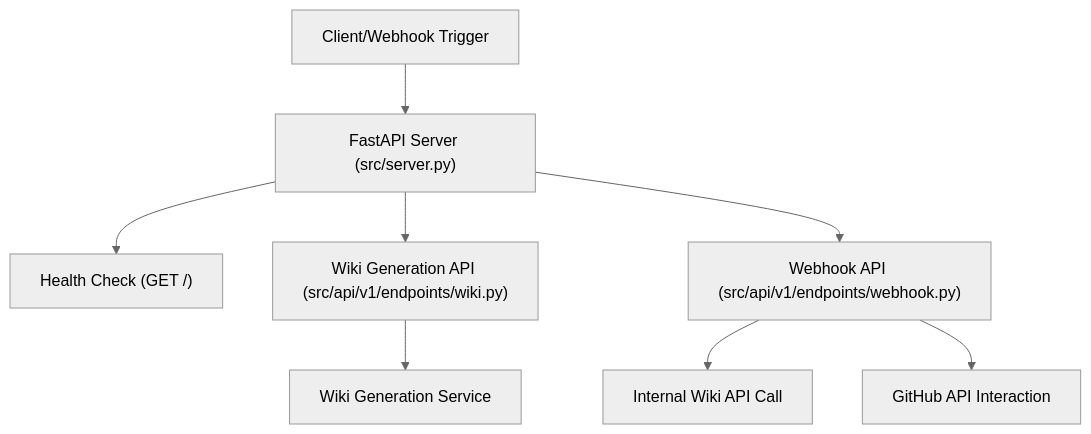
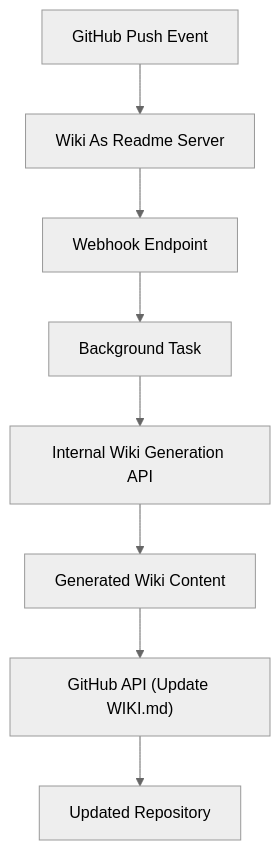
The eighth of 19 diagrams in examples/wiki_as_README.md (catuscio/wiki-as-readme), drawn with Mermaid (neutral theme) before and after one commit. The commit also changed other lines of this file, not shown here.

Commit message:
✨📚 Update examples/wiki_as_README.md via Wiki-As-Readme Action (en)

````diff
--- a/examples/wiki_as_README.md
+++ b/examples/wiki_as_README.md
@@ -961,10 +1088,10 @@
 ```mermaid
 graph TD
-    A["Client/Webhook Trigger"] --> B["FastAPI Server (src/server.py)"]
-    B --> C["Health Check (GET /)"]
-    B --> D["Wiki Generation API (src/api/v1/endpoints/wiki.py)"]
-    B --> E["Webhook API (src/api/v1/endpoints/webhook.py)"]
-    D --> F["Wiki Generation Service"]
-    E --> G["Internal Wiki API Call"]
-    E --> H["GitHub API Interaction"]
+    A["GitHub Push Event"] --> B["Wiki As Readme Server"];
+    B --> C["Webhook Endpoint"];
+    C --> D["Background Task"];
+    D --> E["Internal Wiki Generation API"];
+    E --> F["Generated Wiki Content"];
+    F --> G["GitHub API (Update WIKI.md)"];
+    G --> H["Updated Repository"];
 ```
````
